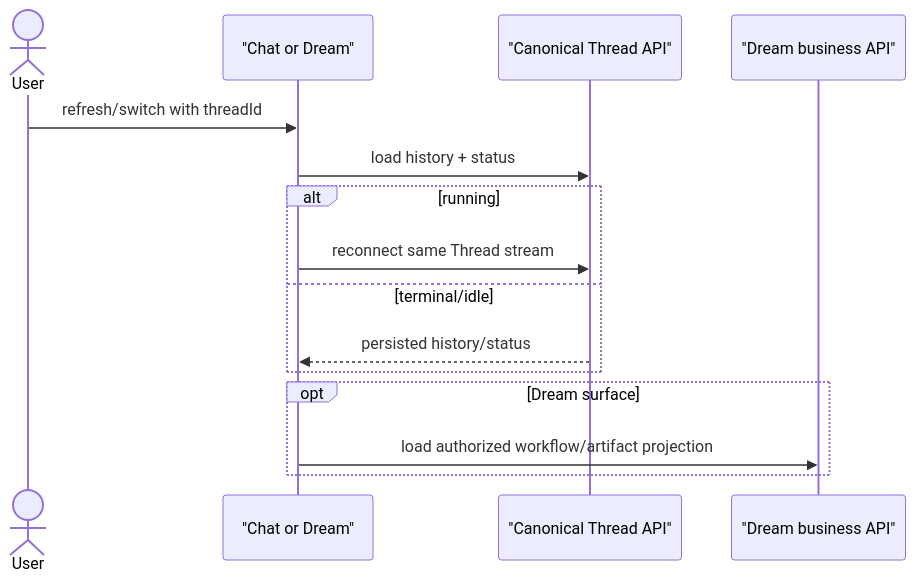
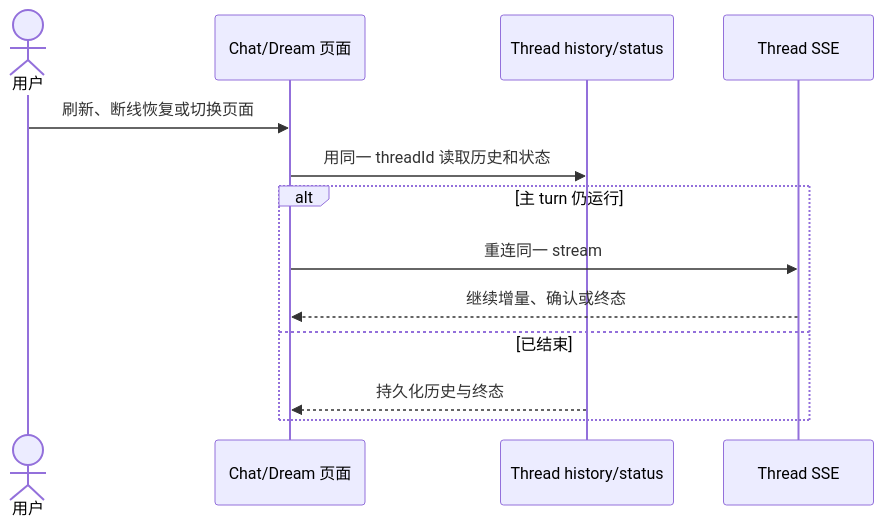
The second of 3 diagrams in docs/design/dream-agent/lifecycle.md (glide-the/im-dream), drawn with Mermaid before and after one commit. The commit also changed other lines of this file and 99 other files, not shown here.

````diff
--- a/docs/design/dream-agent/lifecycle.md
+++ b/docs/design/dream-agent/lifecycle.md
@@ -114,18 +37,16 @@
 ```mermaid
 sequenceDiagram
-    actor User
-    participant Surface as "Chat or Dream"
-    participant API as "Canonical Thread API"
-    participant Business as "Dream business API"
+    actor U as 用户
+    participant P as Chat/Dream 页面
+    participant H as Thread history/status
+    participant E as Thread SSE
 
-    User->>Surface: refresh/switch with threadId
-    Surface->>API: load history + status
-    alt running
-        Surface->>API: reconnect same Thread stream
-    else terminal/idle
-        API-->>Surface: persisted history/status
-    end
-    opt Dream surface
-        Surface->>Business: load authorized workflow/artifact projection
+    U->>P: 刷新、断线恢复或切换页面
+    P->>H: 用同一 threadId 读取历史和状态
+    alt 主 turn 仍运行
+        P->>E: 重连同一 stream
+        E-->>P: 继续增量、确认或终态
+    else 已结束
+        H-->>P: 持久化历史与终态
     end
 ```
````
